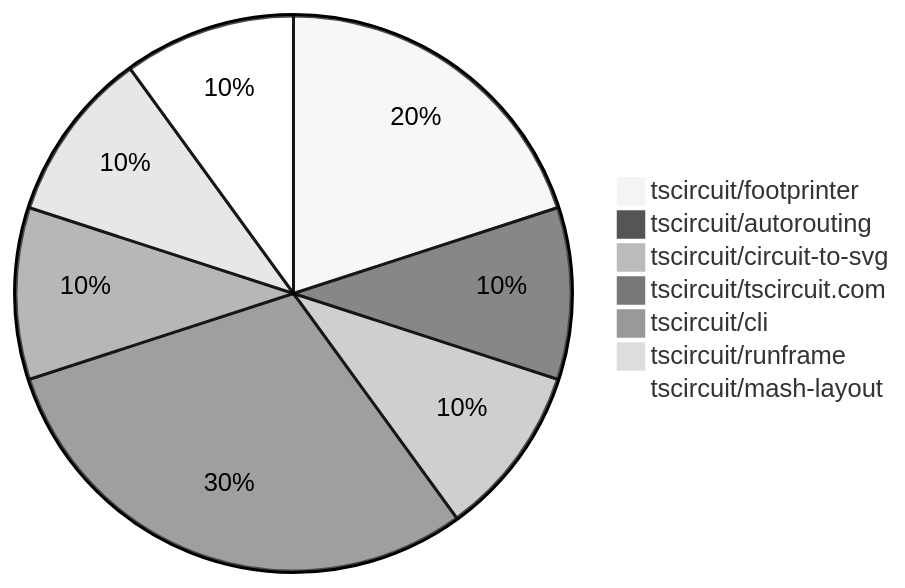
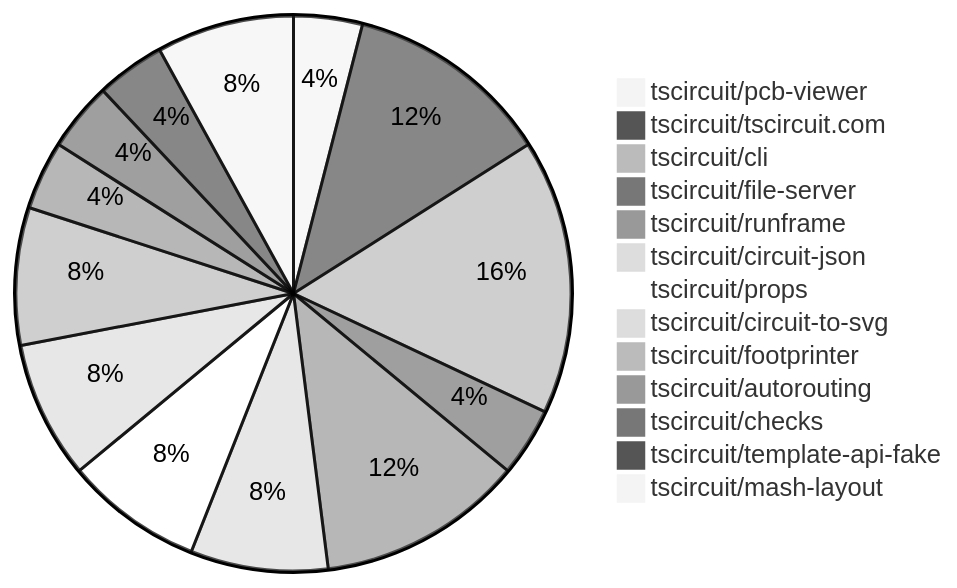
One commit to tscircuit/contribution-tracker changed the diagram in contribution-overviews/2025-05-21.md. Above: the diagram before and after it, drawn with Mermaid (neutral theme). The commit also changed other lines of this file and 3 other files, not shown here.

````diff
--- a/contribution-overviews/2025-05-21.md
+++ b/contribution-overviews/2025-05-21.md
@@ -5,10 +5,16 @@
 ```mermaid
 pie
+    "tscircuit/pcb-viewer" : 1
+    "tscircuit/tscircuit.com" : 3
+    "tscircuit/cli" : 4
+    "tscircuit/file-server" : 1
+    "tscircuit/runframe" : 3
+    "tscircuit/circuit-json" : 2
+    "tscircuit/props" : 2
+    "tscircuit/circuit-to-svg" : 2
     "tscircuit/footprinter" : 2
     "tscircuit/autorouting" : 1
-    "tscircuit/circuit-to-svg" : 1
-    "tscircuit/tscircuit.com" : 3
-    "tscircuit/cli" : 1
-    "tscircuit/runframe" : 1
-    "tscircuit/mash-layout" : 1
+    "tscircuit/checks" : 1
+    "tscircuit/template-api-fake" : 1
+    "tscircuit/mash-layout" : 2
 ```
````
